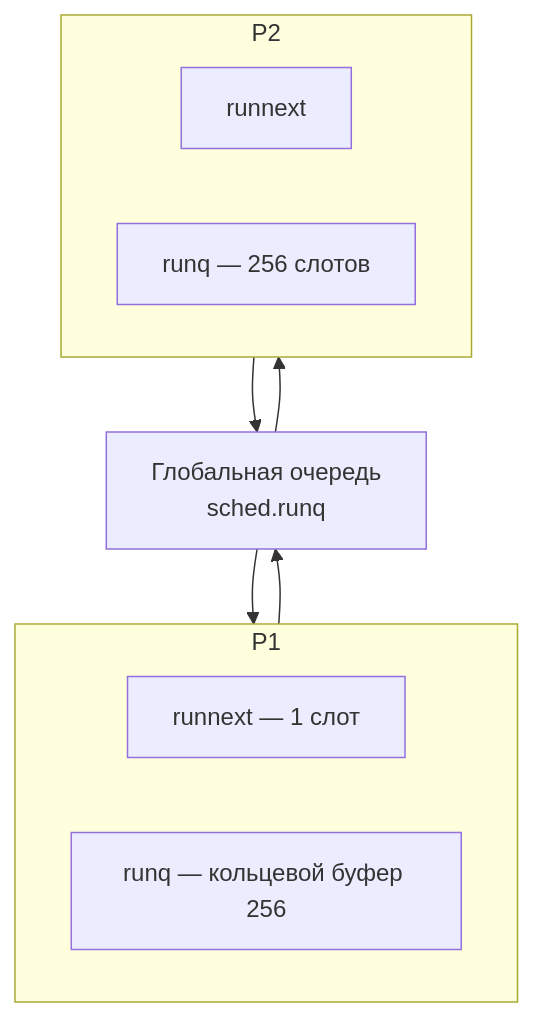
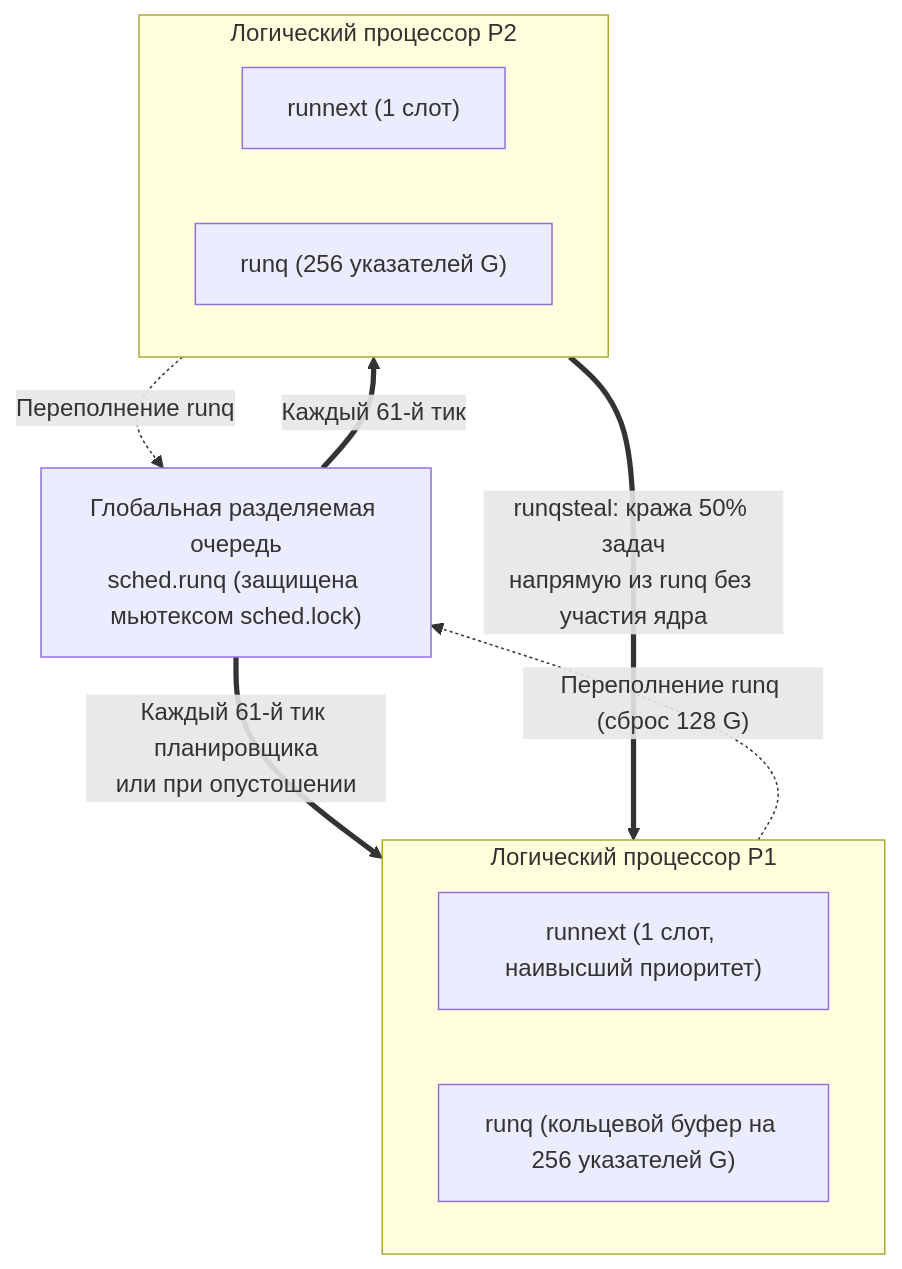
Before and after one commit to UnrealTemplier/go-textbook: the first of 3 diagrams in sources/16. Профилирование, отладка и производительность/06. Конкурентность/3. Work stealing.md, drawn with Mermaid. The commit also changed other lines of this file, not shown here.

````diff
--- a/sources/16. Профилирование, отладка и производительность/06. Конкурентность/3. Work stealing.md
+++ b/sources/16. Профилирование, отладка и производительность/06. Конкурентность/3. Work stealing.md
@@ -23,16 +29,20 @@
 ```mermaid
 flowchart TD
-    subgraph P1["P1"]
-        RunNext1["runnext — 1 слот"]
-        RunQ1["runq — кольцевой буфер 256"]
+    subgraph P1_Domain ["Логический процессор P1"]
+        RunNext1["runnext (1 слот, наивысший приоритет)"]
+        RunQ1["runq (кольцевой буфер на 256 указателей G)"]
     end
-    subgraph P2["P2"]
-        RunNext2["runnext"]
-        RunQ2["runq — 256 слотов"]
+
+    subgraph P2_Domain ["Логический процессор P2"]
+        RunNext2["runnext (1 слот)"]
+        RunQ2["runq (256 указателей G)"]
     end
-    GlobalQ["Глобальная очередь<br>sched.runq"]
-    P1 --> GlobalQ
-    P2 --> GlobalQ
-    GlobalQ --> P1
-    GlobalQ --> P2
+
+    GlobalQ["Глобальная разделяемая очередь<br/>sched.runq (защищена мьютексом sched.lock)"]
+
+    P1_Domain -.->|"Переполнение runq (сброс 128 G)"| GlobalQ
+    P2_Domain -.->|"Переполнение runq"| GlobalQ
+    GlobalQ ==>|"Каждый 61-й тик планировщика<br/>или при опустошении"| P1_Domain
+    GlobalQ ==>|"Каждый 61-й тик"| P2_Domain
+    P2_Domain ==>|"runqsteal: кража 50% задач<br/>напрямую из runq без участия ядра"| P1_Domain
 ```
````
